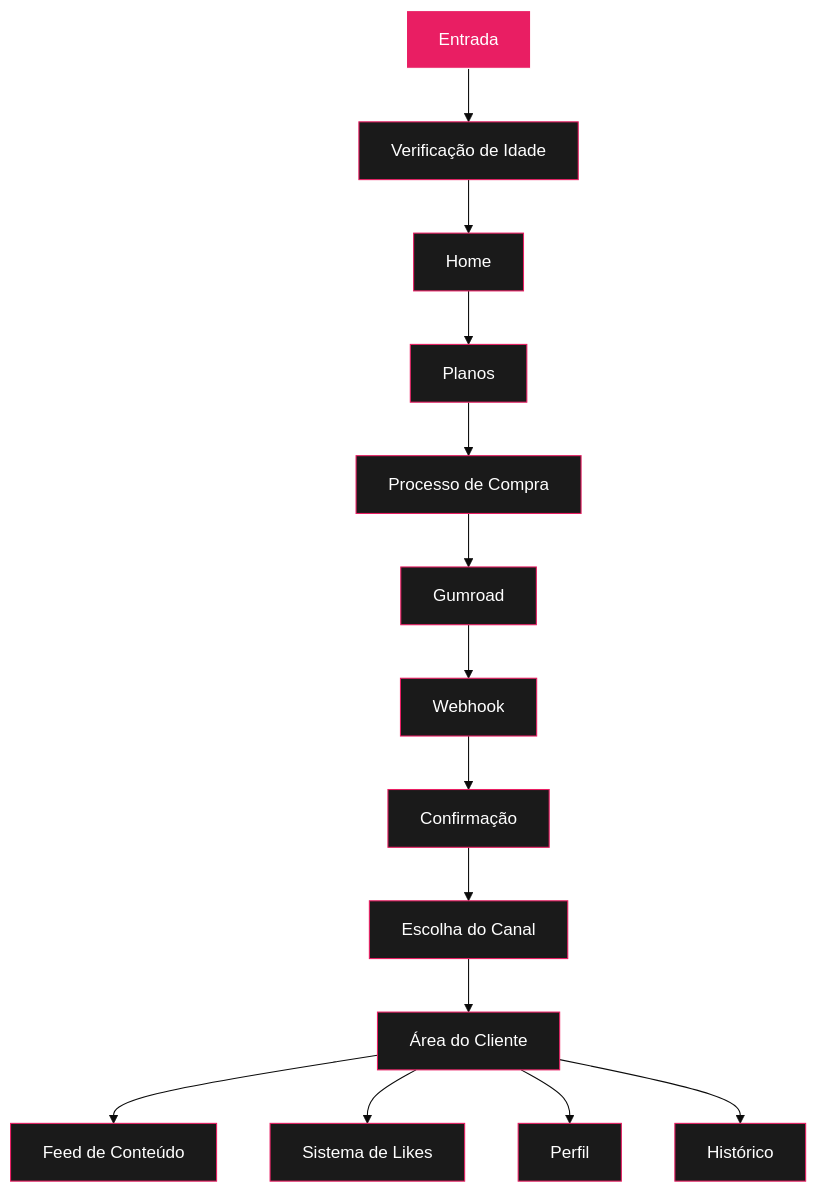
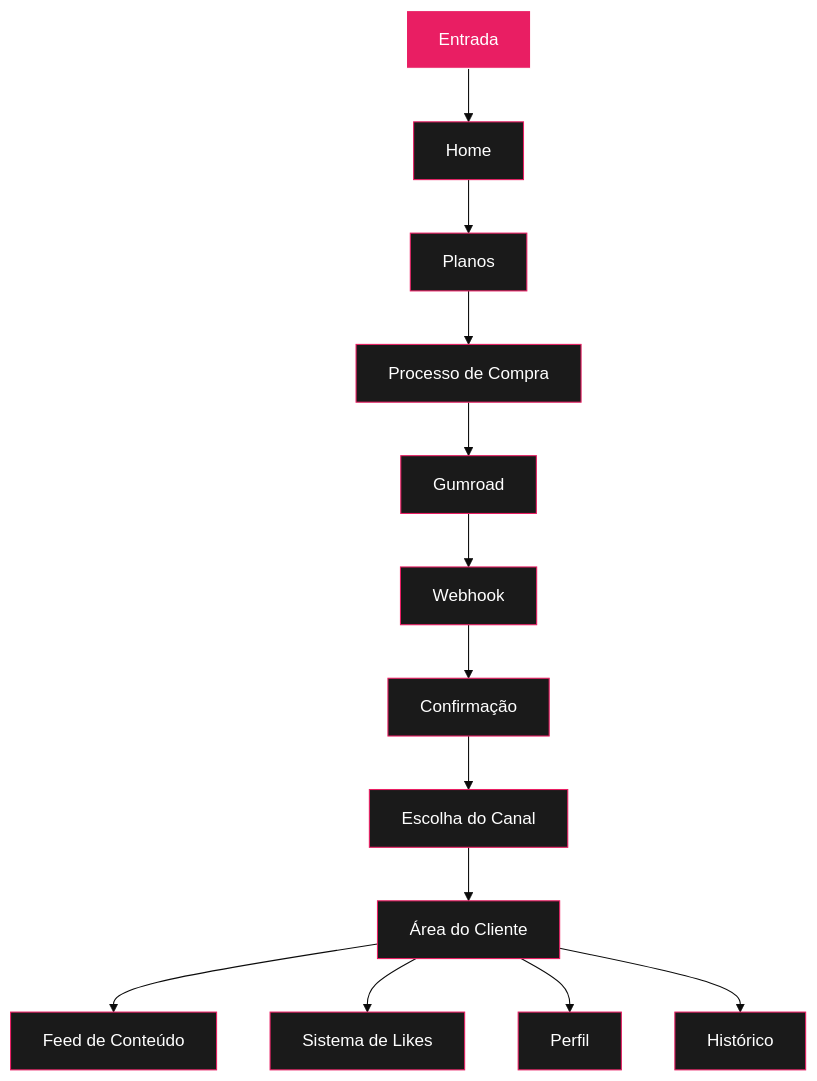
Before and after one commit to kauntdewn1/pl_fine: the first of 2 diagrams in docs/jornada-cliente.md, drawn with Mermaid (base theme). The commit also changed other lines of this file and 25 other files, not shown here.

````diff
--- a/docs/jornada-cliente.md
+++ b/docs/jornada-cliente.md
@@ -3,31 +3,29 @@
 ```mermaid
 graph TD
-    A[Entrada] --> B[Verificação de Idade]
-    B --> C[Home]
+    A[Entrada] --> C[Home]
     C --> D[Planos]
     D --> E[Processo de Compra]
     E --> F[Gumroad]
     F --> G[Webhook]
     G --> H[Confirmação]
     H --> I[Escolha do Canal]
     I --> J[Área do Cliente]
     J --> K[Feed de Conteúdo]
     J --> L[Sistema de Likes]
     J --> M[Perfil]
     J --> N[Histórico]
 
     style A fill:#E91E63,stroke:#fff,color:#fff
-    style B fill:#1a1a1a,stroke:#E91E63,color:#fff
     style C fill:#1a1a1a,stroke:#E91E63,color:#fff
     style D fill:#1a1a1a,stroke:#E91E63,color:#fff
     style E fill:#1a1a1a,stroke:#E91E63,color:#fff
     style F fill:#1a1a1a,stroke:#E91E63,color:#fff
     style G fill:#1a1a1a,stroke:#E91E63,color:#fff
     style H fill:#1a1a1a,stroke:#E91E63,color:#fff
     style I fill:#1a1a1a,stroke:#E91E63,color:#fff
     style J fill:#1a1a1a,stroke:#E91E63,color:#fff
     style K fill:#1a1a1a,stroke:#E91E63,color:#fff
     style L fill:#1a1a1a,stroke:#E91E63,color:#fff
     style M fill:#1a1a1a,stroke:#E91E63,color:#fff
     style N fill:#1a1a1a,stroke:#E91E63,color:#fff
 ```
````
